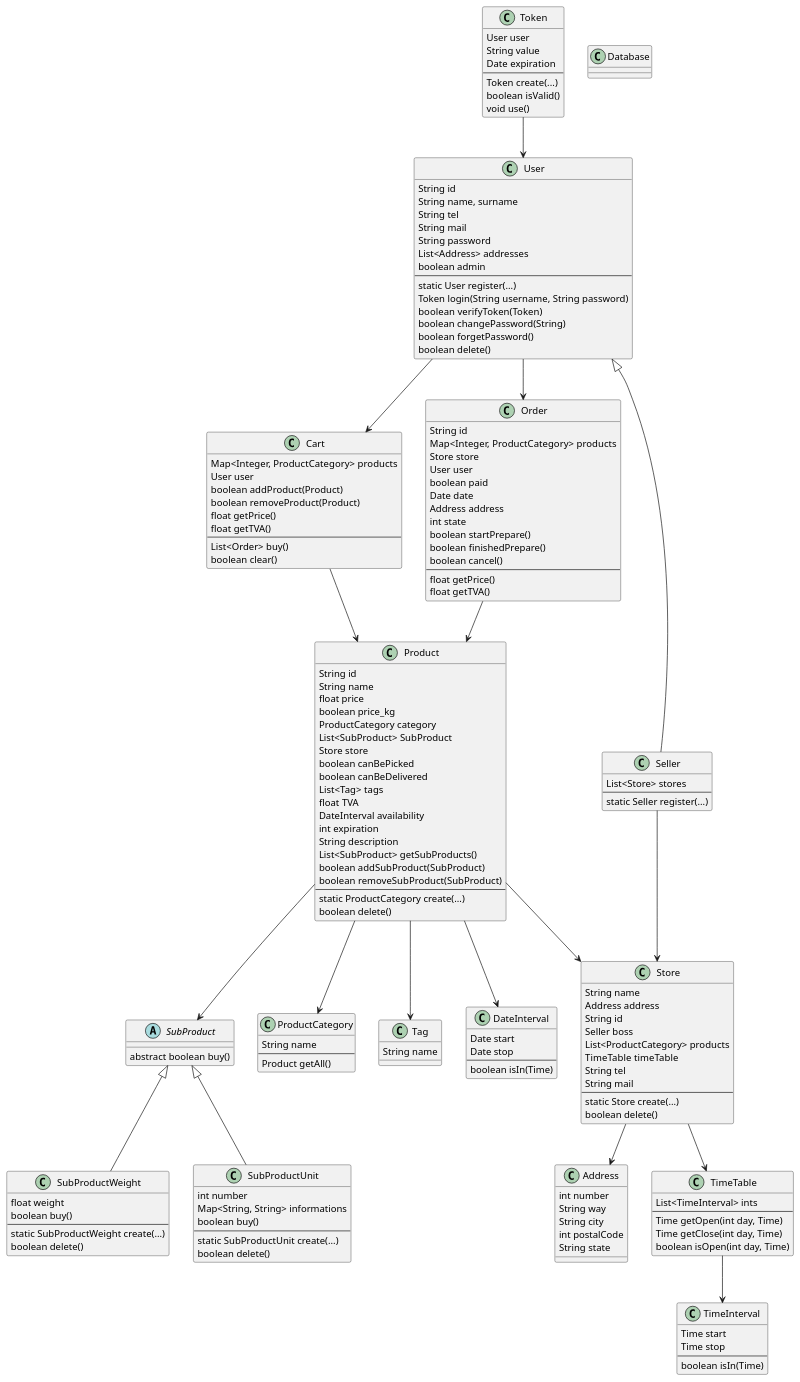
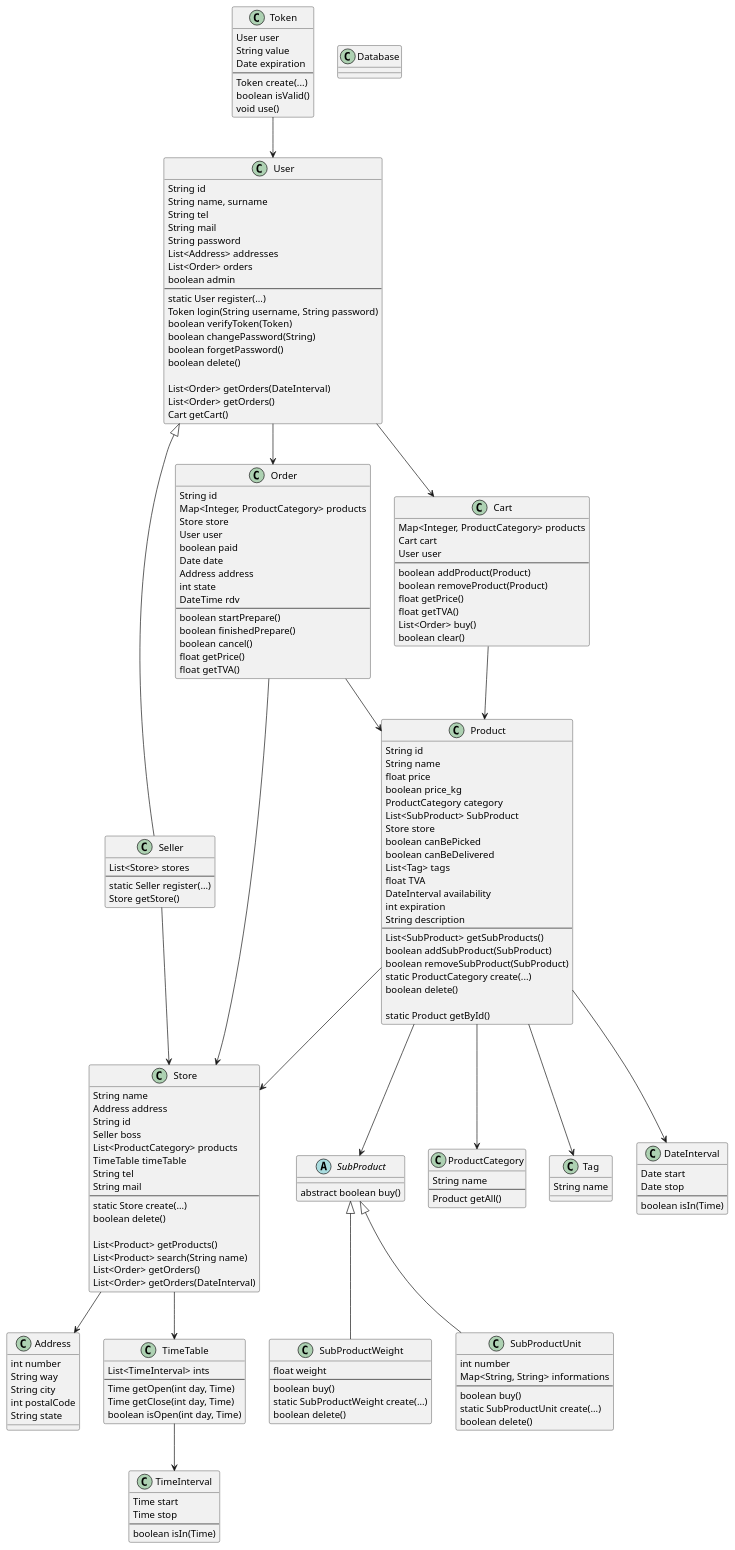
The diagram in All.puml (Fgdou/LaCueillette), drawn with PlantUML before and after one commit. The commit also changed 1 other file, not shown here.

Commit message:
Edit diagram Add database Mongo

```diff
--- a/All.puml
+++ b/All.puml
@@ -1,168 +1,184 @@
 @startuml
 
 'skinparam linetype ortho
 
 class Product{
     String id
     String name
     float price
     boolean price_kg
     ProductCategory category
     List<SubProduct> SubProduct
     Store store
     boolean canBePicked
     boolean canBeDelivered
     List<Tag> tags
     float TVA
     DateInterval availability
     int expiration
     String description
+    --
     List<SubProduct> getSubProducts()
     boolean addSubProduct(SubProduct)
     boolean removeSubProduct(SubProduct)
-    --
     static ProductCategory create(...)
     boolean delete()
+
+    static Product getById()
 }
 abstract class SubProduct{
     abstract boolean buy()
 }
 class SubProductWeight extends SubProduct{
     float weight
+    --
     boolean buy()
-    --
     static SubProductWeight create(...)
     boolean delete()
 }
 class SubProductUnit extends SubProduct{
     int number
     Map<String, String> informations
+    --
     boolean buy()
-    --
     static SubProductUnit create(...)
     boolean delete()
 }
 class Store{
     String name
     Address address
     String id
     Seller boss
     List<ProductCategory> products
     TimeTable timeTable
     String tel
     String mail
     --
     static Store create(...)
     boolean delete()
+
+    List<Product> getProducts()
+    List<Product> search(String name)
+    List<Order> getOrders()
+    List<Order> getOrders(DateInterval)
 }
 class Cart{
     Map<Integer, ProductCategory> products
+    Cart cart
     User user
+    --
     boolean addProduct(Product)
     boolean removeProduct(Product)
     float getPrice()
     float getTVA()
-    --
     List<Order> buy()
     boolean clear()
 }
 class Order{
     String id
     Map<Integer, ProductCategory> products
     Store store
     User user
     boolean paid
     Date date
     Address address
     int state
+    DateTime rdv
+    --
     boolean startPrepare()
     boolean finishedPrepare()
     boolean cancel()
-    --
     float getPrice()
     float getTVA()
 }
 class User{
     String id
     String name, surname
     String tel
     String mail
     String password
     List<Address> addresses
+    List<Order> orders
     boolean admin
     --
     static User register(...)
     Token login(String username, String password)
     boolean verifyToken(Token)
     boolean changePassword(String)
     boolean forgetPassword()
     boolean delete()
+
+    List<Order> getOrders(DateInterval)
+    List<Order> getOrders()
+    Cart getCart()
 }
 class Seller extends User{
     List<Store> stores
     --
     static Seller register(...)
+    Store getStore()
 }
 class ProductCategory{
     String name
     --
     Product getAll()
 }
 class Tag{
     String name
 }
 class DateInterval{
     Date start
     Date stop
     --
     boolean isIn(Time)
 }
 class TimeInterval{
     Time start
     Time stop
     --
     boolean isIn(Time)
 }
 class Database{
     '//TODO
 }
 class Address{
     int number
     String way
     String city
     int postalCode
     String state
 }
 class TimeTable{
     List<TimeInterval> ints
     --
     Time getOpen(int day, Time)
     Time getClose(int day, Time)
     boolean isOpen(int day, Time)
 }
 class Token{
     User user
     String value
     Date expiration
     --
     Token create(...)
     boolean isValid()
     void use()
 }
 
 Product     --> Store
 Product     --> DateInterval
 Product     --> Tag
 Product     --> SubProduct
 Product     --> ProductCategory
 Seller      --> Store
 Cart        --> Product
 Order       --> Product
 User        --> Cart
 User        --> Order
 Token       --> User
 Store       --> Address
 Store       --> TimeTable
 TimeTable   --> TimeInterval
+Order       --> Store
 
 @enduml
```
